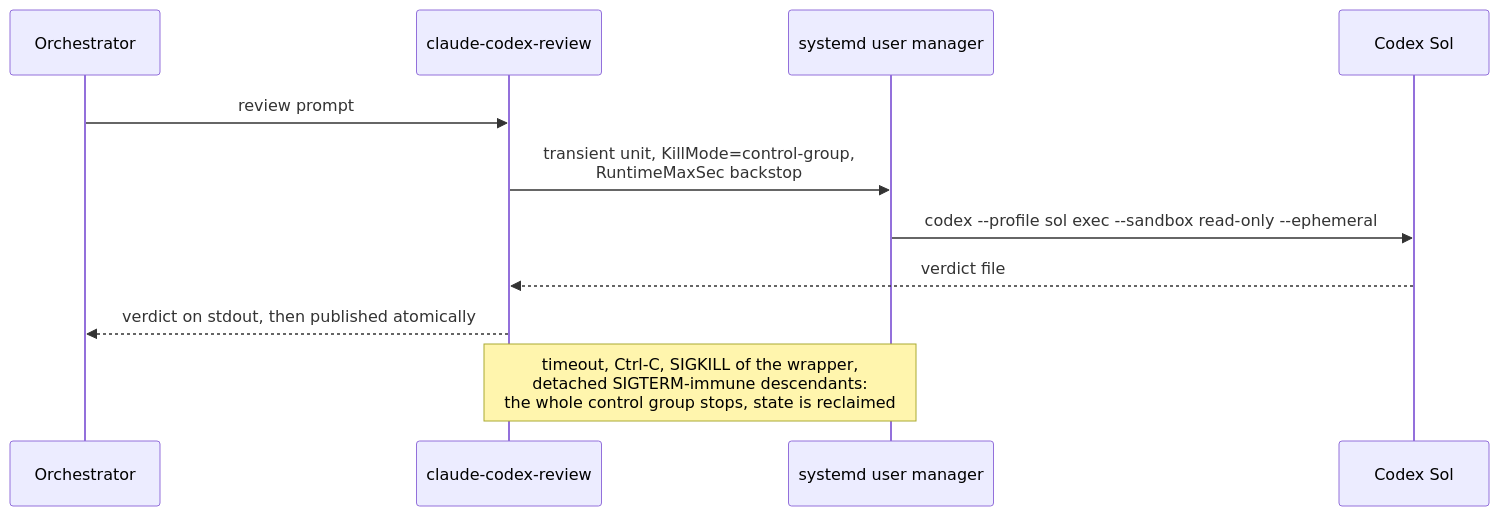
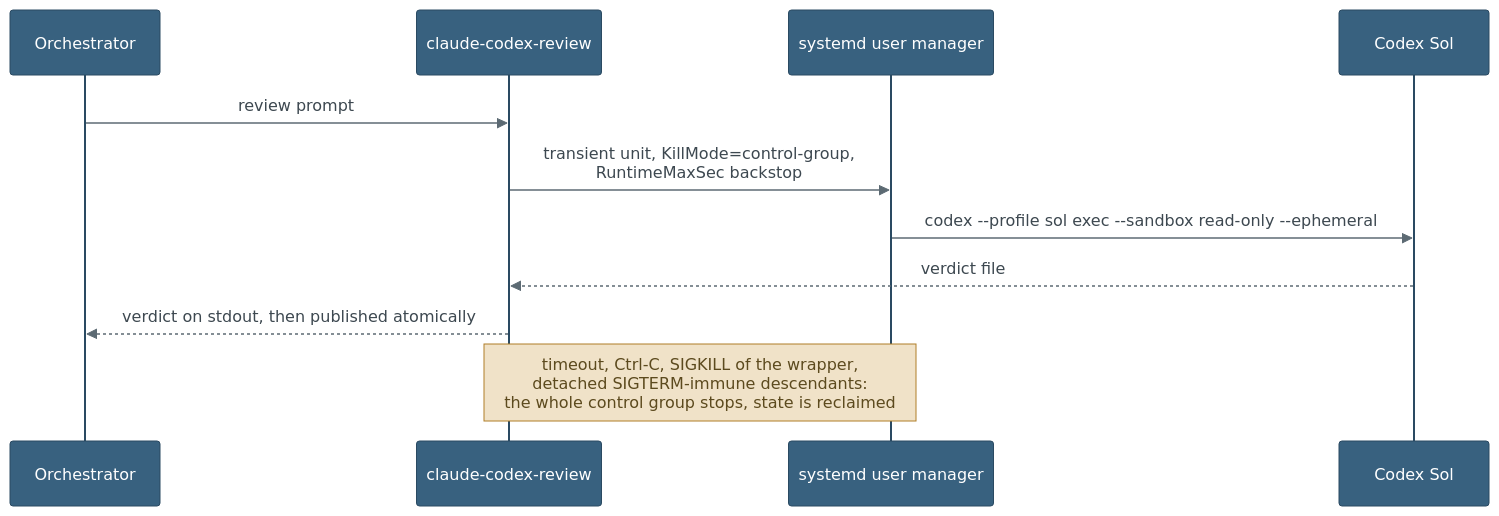
Before and after one commit to nikfilippas/orrery: the second of 2 diagrams in README.md, drawn with Mermaid. The commit also changed other lines of this file, not shown here.

Commit message:
Deepen the README with the briefing's detail and tint the diagrams

````diff
--- a/README.md
+++ b/README.md
@@ -63,13 +114,20 @@
 ```mermaid
+%%{init: {'theme': 'base', 'themeVariables': {
+    'actorBkg': '#38617f', 'actorTextColor': '#ffffff',
+    'actorBorder': '#2a4a62', 'signalColor': '#5c6a73',
+    'signalTextColor': '#3d4850',
+    'noteBkgColor': '#f0e2c8', 'noteTextColor': '#5c4a1e',
+    'noteBorderColor': '#b07e28',
+    'sequenceNumberColor': '#ffffff'}}}%%
 sequenceDiagram
     participant O as Orchestrator
     participant W as claude-codex-review
     participant M as systemd user manager
     participant X as Codex Sol
     O->>W: review prompt
     W->>M: transient unit, KillMode=control-group,<br/>RuntimeMaxSec backstop
     M->>X: codex --profile sol exec --sandbox read-only --ephemeral
     X-->>W: verdict file
     W-->>O: verdict on stdout, then published atomically
     Note over W,M: timeout, Ctrl-C, SIGKILL of the wrapper,<br/>detached SIGTERM-immune descendants:<br/>the whole control group stops, state is reclaimed
 ```
````
